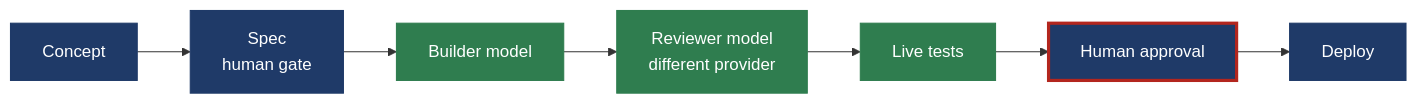
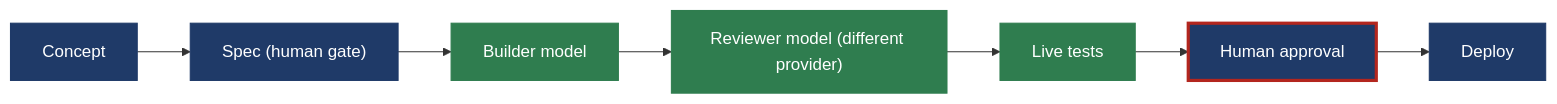
The diagram in README.md (douglasygy/ai-build-harness), drawn with Mermaid before and after one commit.

Commit message:
Fix diagram rendering on GitHub

````diff
--- a/README.md
+++ b/README.md
@@ -14,15 +14,15 @@
 ```mermaid
 flowchart LR
-    A[Concept] --> B[Spec<br/>human gate]
-    B --> C[Builder model]
-    C --> D[Reviewer model<br/>different provider]
-    D --> E[Live tests]
-    E --> F[Human approval]
-    F --> G[Deploy]
+    A["Concept"] --> B["Spec (human gate)"]
+    B --> C["Builder model"]
+    C --> D["Reviewer model (different provider)"]
+    D --> E["Live tests"]
+    E --> F["Human approval"]
+    F --> G["Deploy"]
     classDef gate fill:#1F3A68,stroke:#1F3A68,color:#FFFFFF
     classDef ai fill:#2F7D4F,stroke:#2F7D4F,color:#FFFFFF
     classDef approve fill:#1F3A68,stroke:#B3261E,stroke-width:3px,color:#FFFFFF
     class A,B,G gate
     class C,D,E ai
     class F approve
 ```
````
